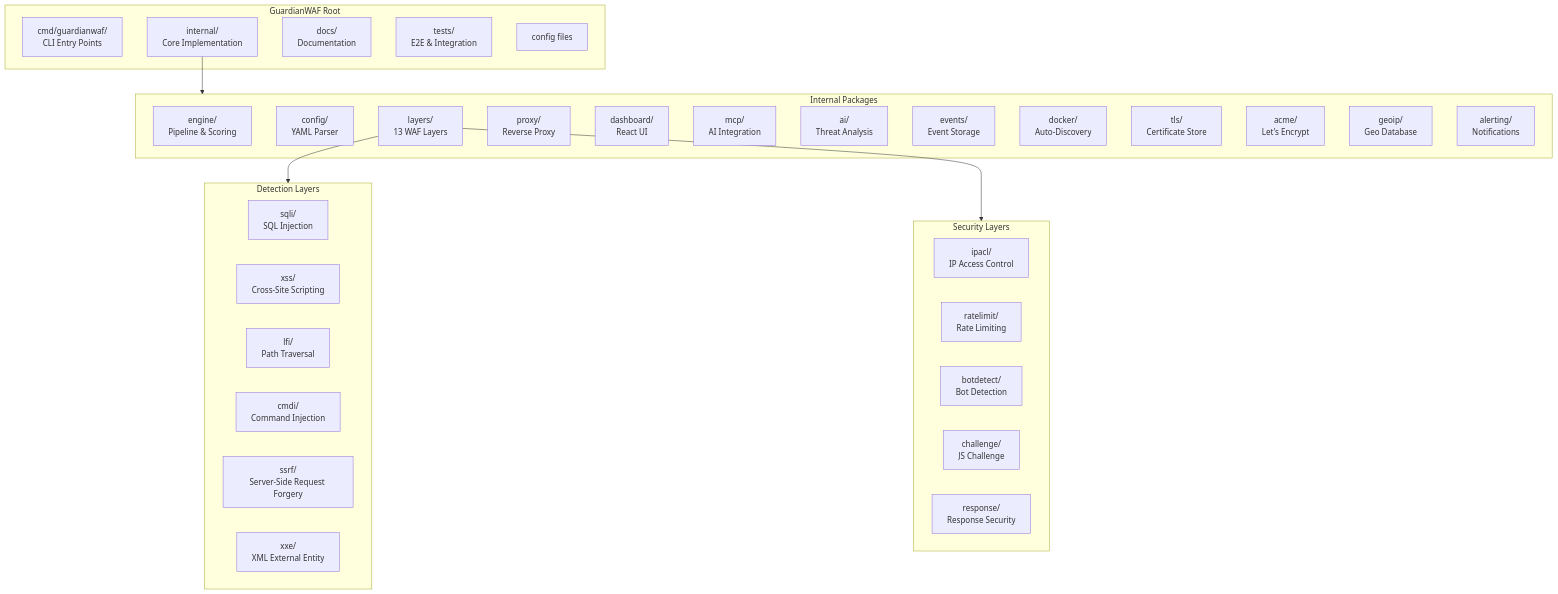
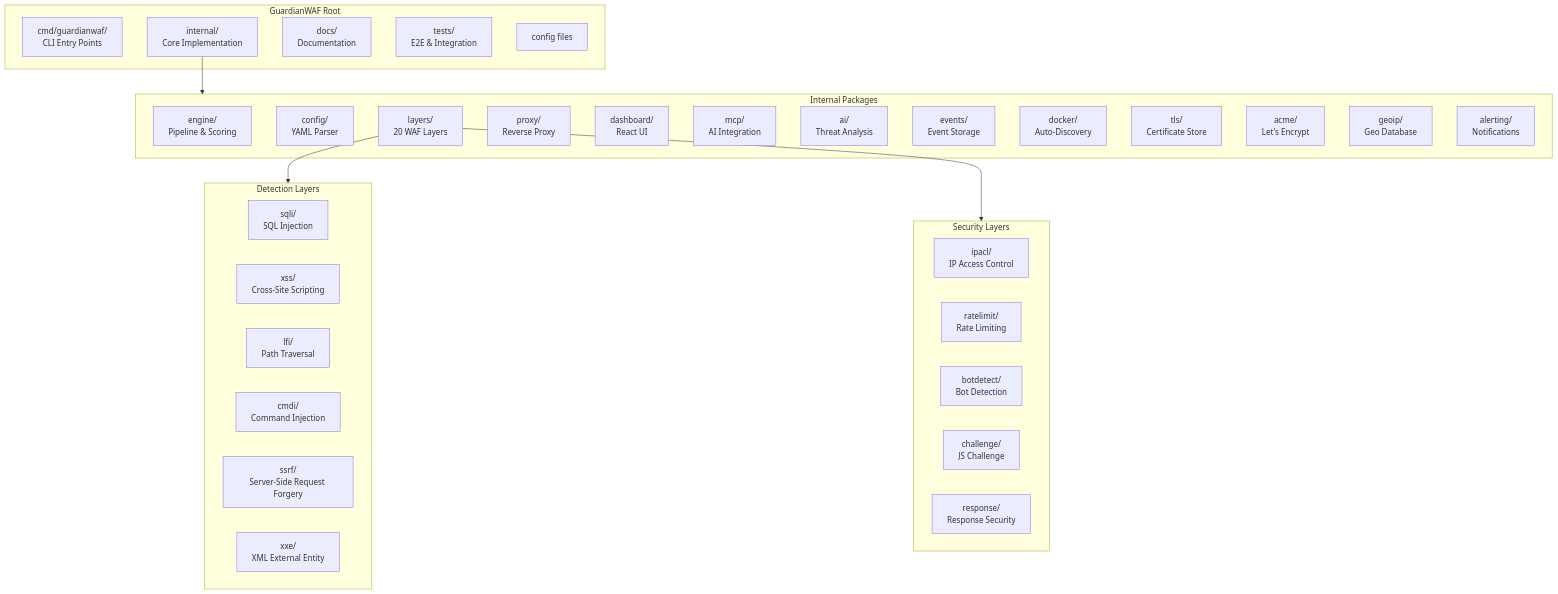
Before and after one commit to GuardianWAF/GuardianWAF: the seventh of 7 diagrams in docs/ARCHITECTURE.md, drawn with Mermaid. The commit also changed other lines of this file and 2 other files, not shown here.

First line of the commit message:
docs: update llms.txt, add ADR index, fix ARCHITECTURE.md pipeline

````diff
--- a/docs/ARCHITECTURE.md
+++ b/docs/ARCHITECTURE.md
@@ -381,48 +388,48 @@
 ```mermaid
 flowchart TB
     subgraph Root["GuardianWAF Root"]
         CMD["cmd/guardianwaf/<br/>CLI Entry Points"]
         Internal["internal/<br/>Core Implementation"]
         Docs["docs/<br/>Documentation"]
         Tests["tests/<br/>E2E & Integration"]
         Config["config files"]
     end
 
     subgraph Internal_Pkgs["Internal Packages"]
         Engine["engine/<br/>Pipeline & Scoring"]
         ConfigPkg["config/<br/>YAML Parser"]
-        Layers["layers/<br/>13 WAF Layers"]
+        Layers["layers/<br/>20 WAF Layers"]
         Proxy["proxy/<br/>Reverse Proxy"]
         Dashboard["dashboard/<br/>React UI"]
         MCP["mcp/<br/>AI Integration"]
         AI_Pkg["ai/<br/>Threat Analysis"]
         Events["events/<br/>Event Storage"]
         Docker["docker/<br/>Auto-Discovery"]
         TLS["tls/<br/>Certificate Store"]
         ACME["acme/<br/>Let's Encrypt"]
         GeoIP["geoip/<br/>Geo Database"]
         Alerting["alerting/<br/>Notifications"]
     end
 
     Internal --> Internal_Pkgs
 
     subgraph Detection["Detection Layers"]
         SQLi["sqli/<br/>SQL Injection"]
         XSS["xss/<br/>Cross-Site Scripting"]
         LFI["lfi/<br/>Path Traversal"]
         CMDi["cmdi/<br/>Command Injection"]
         SSRF["ssrf/<br/>Server-Side Request Forgery"]
         XXE["xxe/<br/>XML External Entity"]
     end
 
     subgraph Security["Security Layers"]
         IPACL["ipacl/<br/>IP Access Control"]
         RateLimit["ratelimit/<br/>Rate Limiting"]
         BotDetect["botdetect/<br/>Bot Detection"]
         Challenge["challenge/<br/>JS Challenge"]
         Response["response/<br/>Response Security"]
     end
 
     Layers --> Detection
     Layers --> Security
 ```
````
